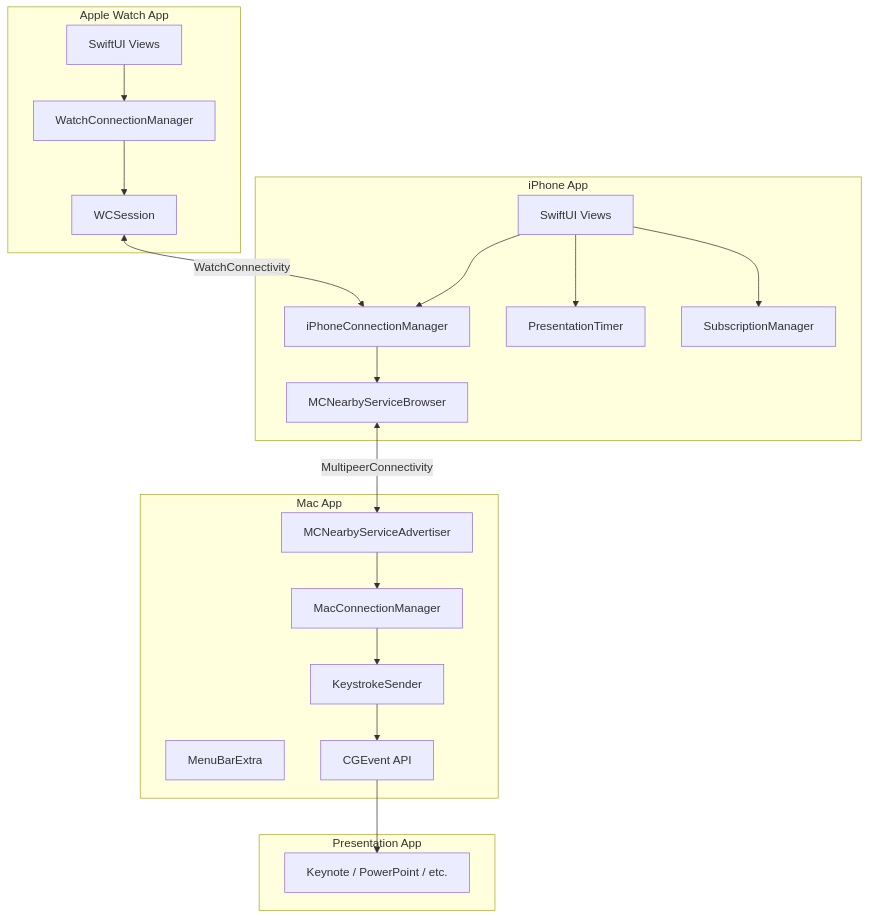
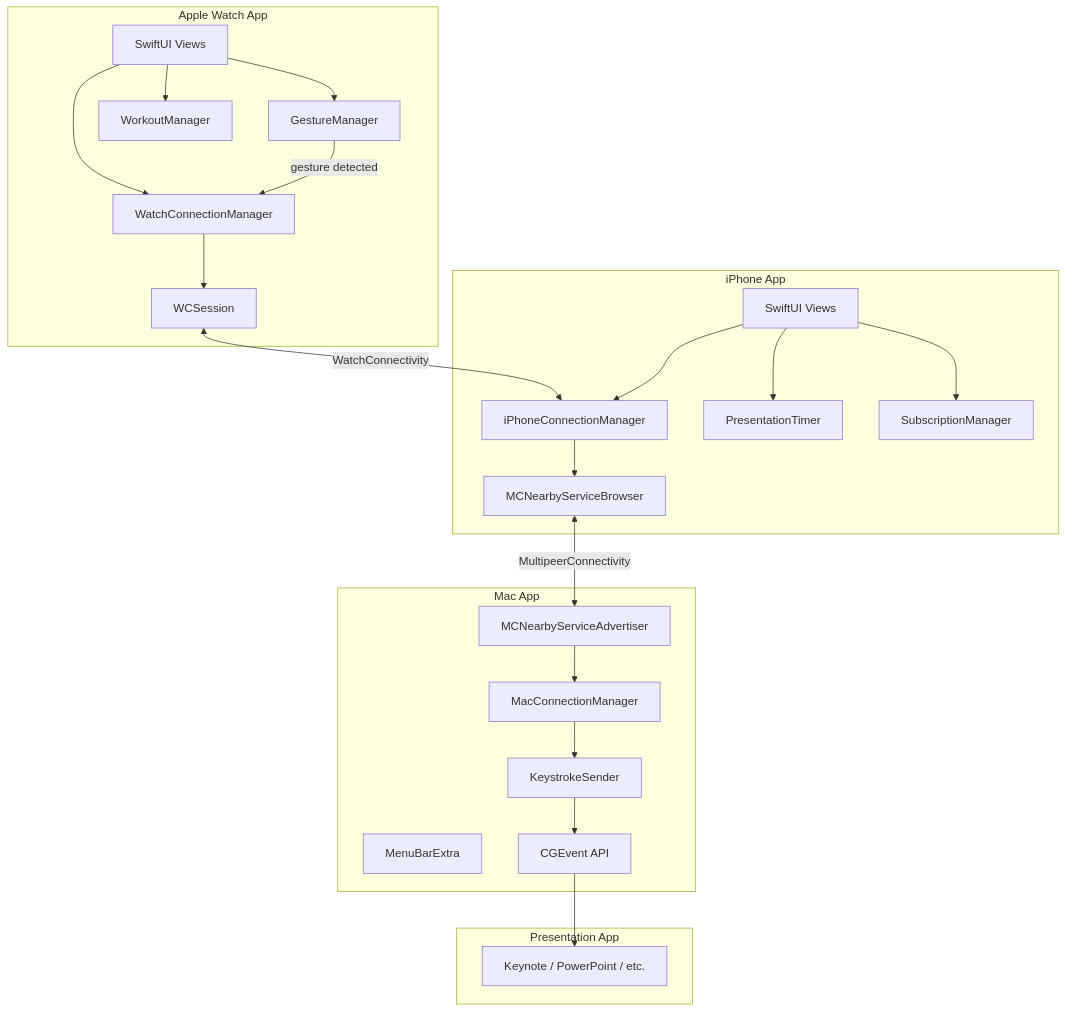
One commit to douinc/clicker changed the first of 4 diagrams in docs/development/architecture.md. Above: the diagram before and after it, drawn with Mermaid. The commit also changed other lines of this file and 6 other files, not shown here.

````diff
--- a/docs/development/architecture.md
+++ b/docs/development/architecture.md
@@ -11,41 +11,46 @@
 ```mermaid
 flowchart TB
     subgraph Watch["Apple Watch App"]
         WUI[SwiftUI Views]
         WCM[WatchConnectionManager]
         WCS[WCSession]
+        GM[GestureManager]
+        WM[WorkoutManager]
     end
 
     subgraph iPhone["iPhone App"]
         UI[SwiftUI Views]
         ICM[iPhoneConnectionManager]
         Browser[MCNearbyServiceBrowser]
         Timer[PresentationTimer]
         Sub[SubscriptionManager]
     end
 
     subgraph Mac["Mac App"]
         MenuBar[MenuBarExtra]
         MCM[MacConnectionManager]
         Advertiser[MCNearbyServiceAdvertiser]
         KS[KeystrokeSender]
         CGE[CGEvent API]
     end
 
     subgraph Target["Presentation App"]
         Keynote[Keynote / PowerPoint / etc.]
     end
 
     WUI --> WCM
+    WUI --> GM
+    WUI --> WM
+    GM -->|gesture detected| WCM
     WCM --> WCS
     WCS <-->|WatchConnectivity| ICM
     UI --> ICM
     UI --> Timer
     UI --> Sub
     ICM --> Browser
     Browser <-->|MultipeerConnectivity| Advertiser
     Advertiser --> MCM
     MCM --> KS
     KS --> CGE
     CGE --> Keynote
 ```
````
